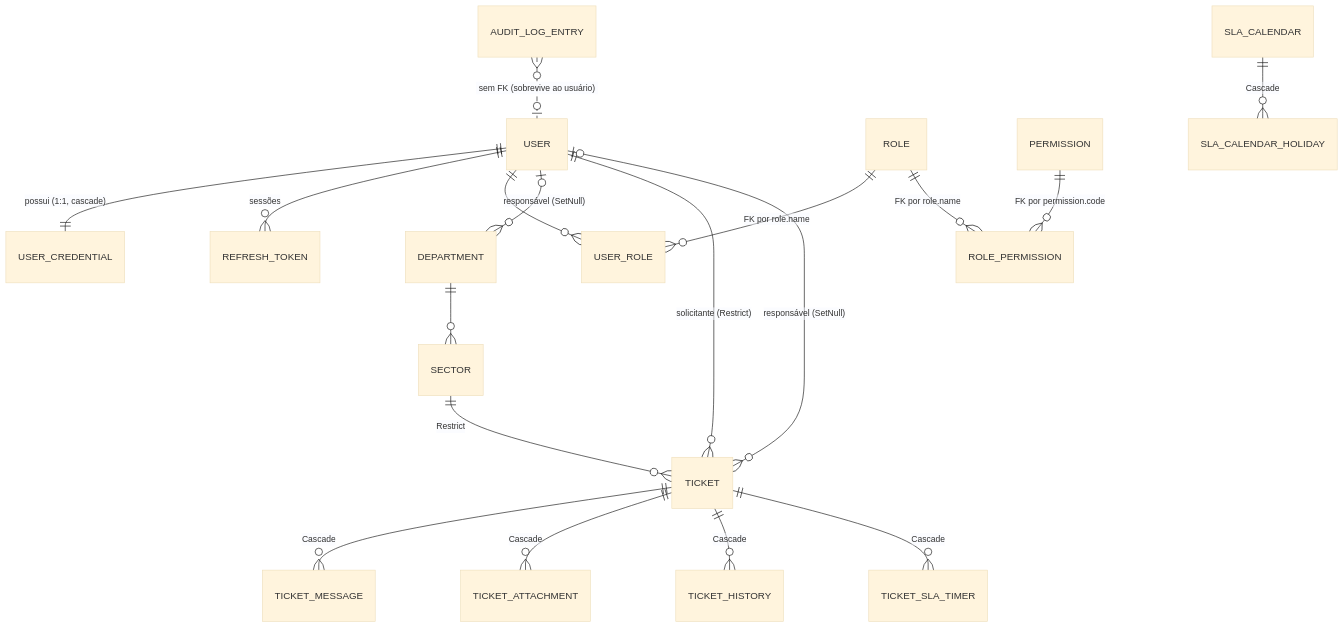
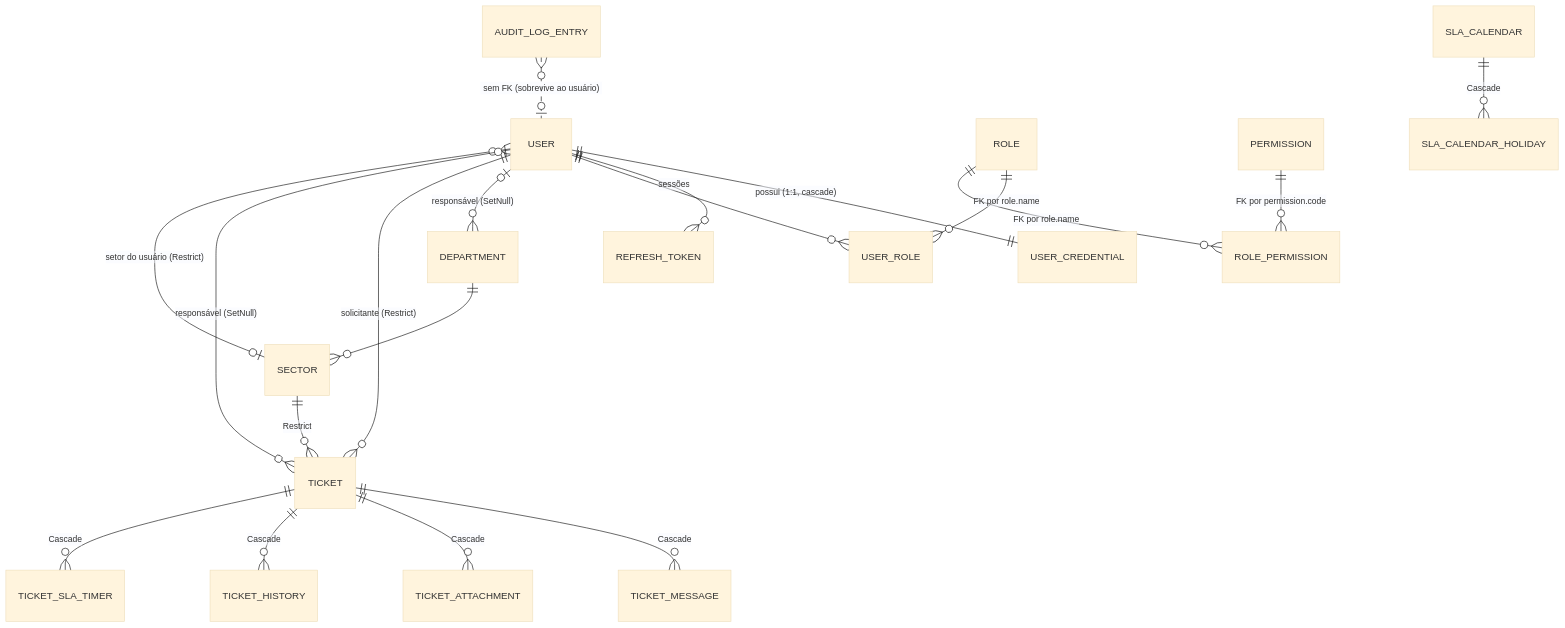
The first of 7 diagrams in SYSTEM_SPECIFICATION.md (rafaelps15/tickest-pristine), drawn with Mermaid (base theme) before and after one commit. The commit also changed other lines of this file and 1 other file, not shown here.

````diff
--- a/SYSTEM_SPECIFICATION.md
+++ b/SYSTEM_SPECIFICATION.md
@@ -128,20 +129,21 @@
 ```mermaid
 erDiagram
     USER ||--|| USER_CREDENTIAL : "possui (1:1, cascade)"
     USER ||--o{ REFRESH_TOKEN : "sessões"
     USER ||--o{ USER_ROLE : ""
     ROLE ||--o{ USER_ROLE : "FK por role.name"
     ROLE ||--o{ ROLE_PERMISSION : "FK por role.name"
     PERMISSION ||--o{ ROLE_PERMISSION : "FK por permission.code"
     DEPARTMENT ||--o{ SECTOR : ""
+    SECTOR |o--o{ USER : "setor do usuário (Restrict)"
     USER |o--o{ DEPARTMENT : "responsável (SetNull)"
     SECTOR ||--o{ TICKET : "Restrict"
     USER ||--o{ TICKET : "solicitante (Restrict)"
     USER |o--o{ TICKET : "responsável (SetNull)"
     TICKET ||--o{ TICKET_MESSAGE : "Cascade"
     TICKET ||--o{ TICKET_ATTACHMENT : "Cascade"
     TICKET ||--o{ TICKET_HISTORY : "Cascade"
     AUDIT_LOG_ENTRY }o..o| USER : "sem FK (sobrevive ao usuário)"
     SLA_CALENDAR ||--o{ SLA_CALENDAR_HOLIDAY : "Cascade"
     TICKET ||--o{ TICKET_SLA_TIMER : "Cascade"
 ```
````
